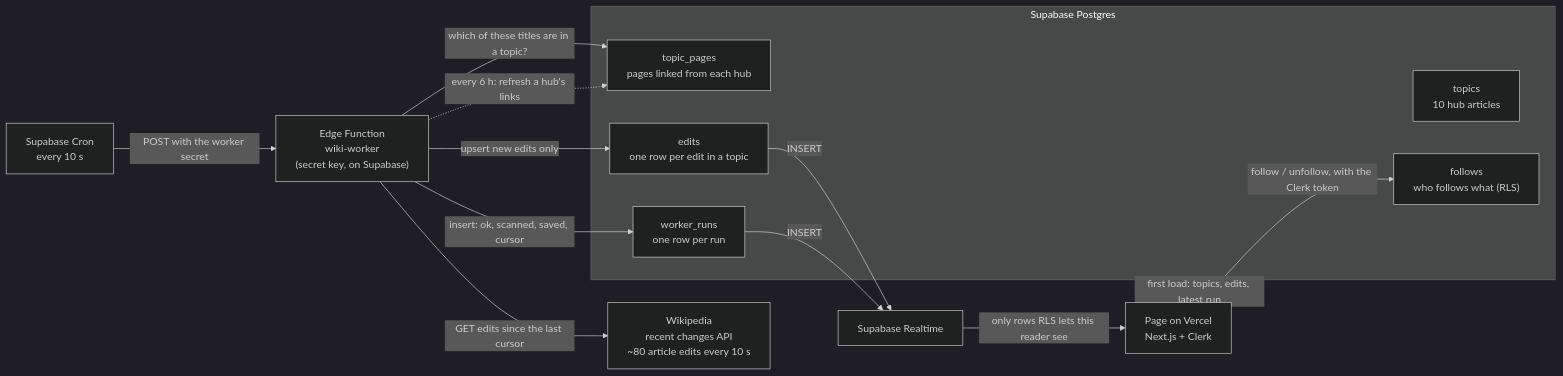
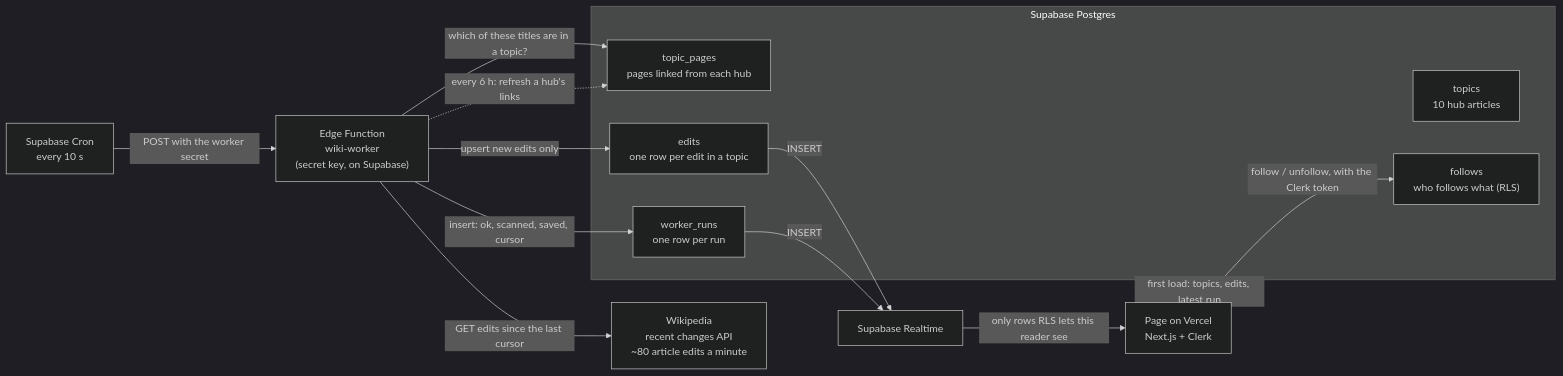
The diagram in AGENTS.md (Rogernarten/marginalia-live), drawn with Mermaid (dark theme) before and after one commit. The commit also changed other lines of this file and 2 other files, not shown here.

First line of the commit message:
Correct the edit rate: about 80 a minute, not every 10 seconds

````diff
--- a/AGENTS.md
+++ b/AGENTS.md
@@ -22,27 +22,27 @@
 ```mermaid
 flowchart LR
-  WP["Wikipedia<br/>recent changes API<br/>~80 article edits every 10 s"]
+  WP["Wikipedia<br/>recent changes API<br/>~80 article edits a minute"]
   CRON["Supabase Cron<br/>every 10 s"]
   FN["Edge Function<br/>wiki-worker<br/>(secret key, on Supabase)"]
   subgraph DB["Supabase Postgres"]
     TOP["topics<br/>10 hub articles"]
     TP["topic_pages<br/>pages linked from each hub"]
     ED["edits<br/>one row per edit in a topic"]
     RUN["worker_runs<br/>one row per run"]
     FOL["follows<br/>who follows what (RLS)"]
   end
   RT["Supabase Realtime"]
   PAGE["Page on Vercel<br/>Next.js + Clerk"]
 
   CRON -- "POST with the worker secret" --> FN
   FN -- "GET edits since the last cursor" --> WP
   FN -- "which of these titles are in a topic?" --> TP
   FN -- "upsert new edits only" --> ED
   FN -- "insert: ok, scanned, saved, cursor" --> RUN
   FN -. "every 6 h: refresh a hub's links" .-> TP
   ED -- "INSERT" --> RT
   RUN -- "INSERT" --> RT
   RT -- "only rows RLS lets this reader see" --> PAGE
   PAGE -- "follow / unfollow, with the Clerk token" --> FOL
   PAGE -- "first load: topics, edits, latest run" --> DB
 ```
````
